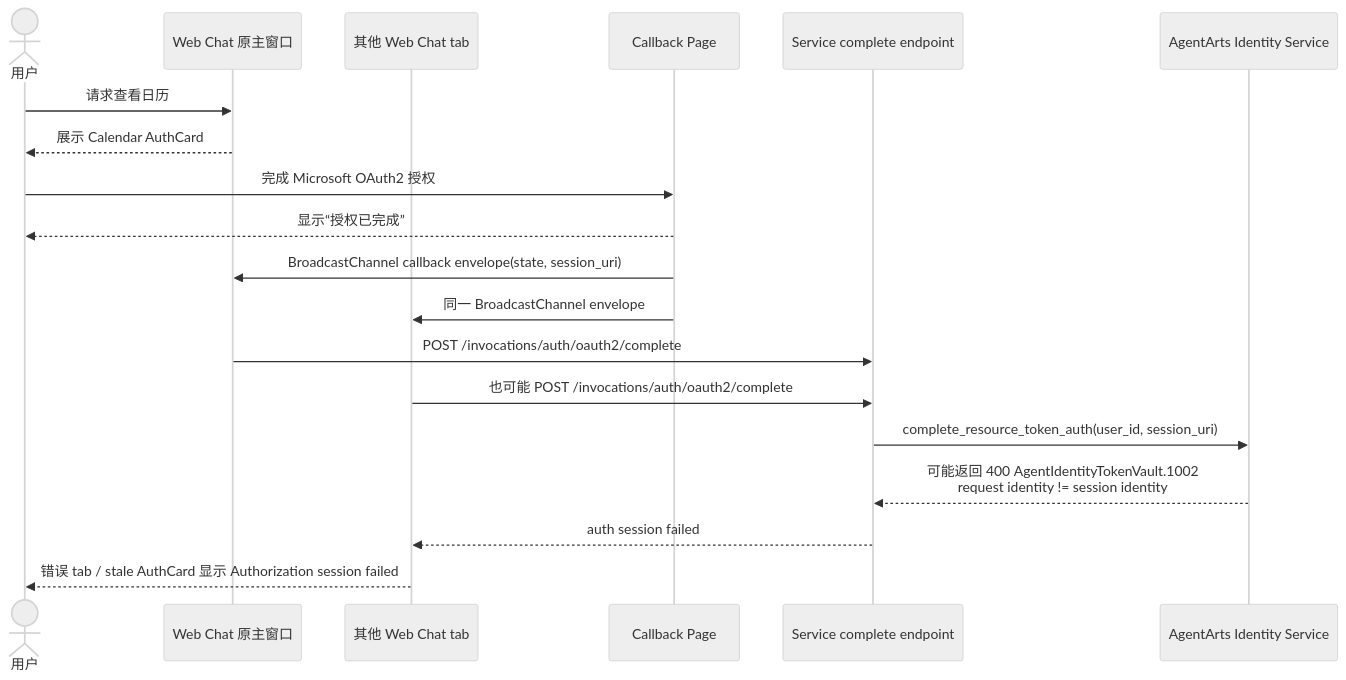
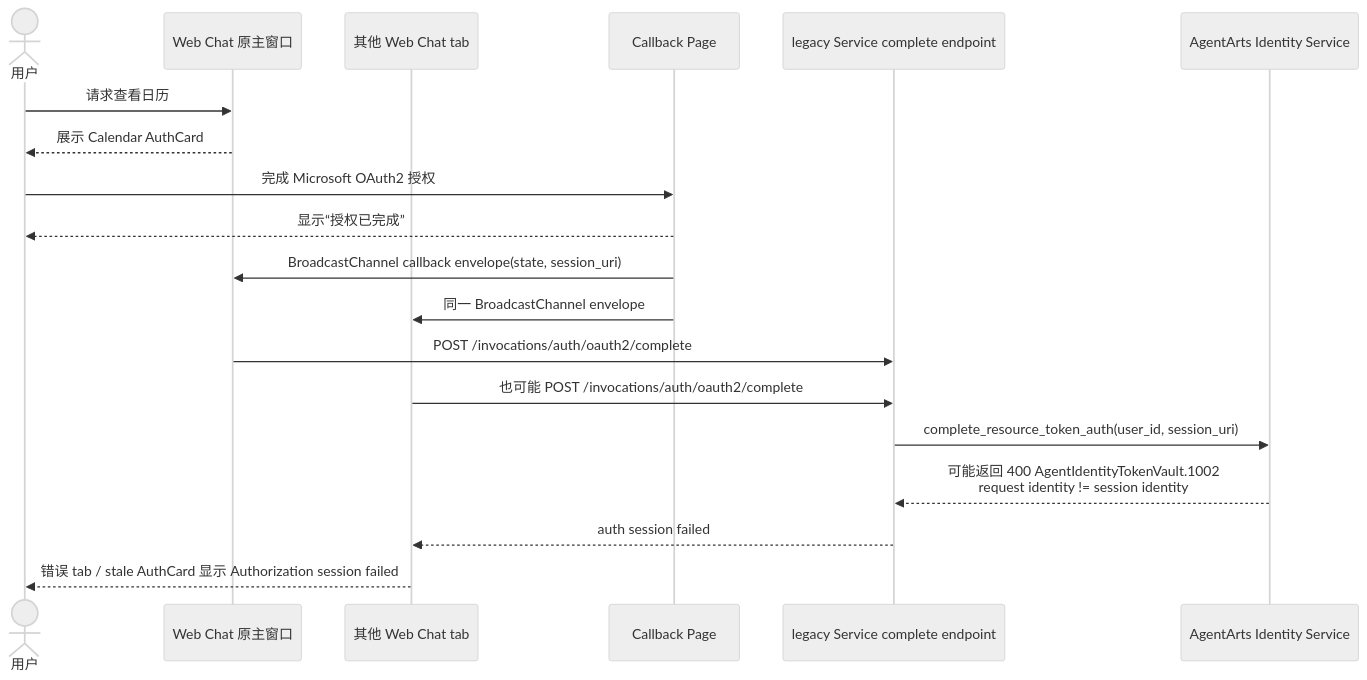
One commit to T-1009/personal-assistant changed the first of 2 diagrams in personal-assistant-meta/issues/bugs/bug-21-calendar-oauth2-complete-session-identity-mismatch/issue.md. Above: the diagram before and after it, drawn with Mermaid (neutral theme). The commit also changed other lines of this file and 34 other files, not shown here.

````diff
--- a/personal-assistant-meta/issues/bugs/bug-21-calendar-oauth2-complete-session-identity-mismatch/issue.md
+++ b/personal-assistant-meta/issues/bugs/bug-21-calendar-oauth2-complete-session-identity-mismatch/issue.md
@@ -89,22 +96,22 @@
 ```mermaid
 sequenceDiagram
     actor User as 用户
     participant UI as Web Chat 原主窗口
     participant OtherUI as 其他 Web Chat tab
     participant CB as Callback Page
-    participant API as Service complete endpoint
+    participant API as legacy Service complete endpoint
     participant IdSvc as AgentArts Identity Service
 
     User->>UI: 请求查看日历
     UI-->>User: 展示 Calendar AuthCard
     User->>CB: 完成 Microsoft OAuth2 授权
     CB-->>User: 显示“授权已完成”
     CB->>UI: BroadcastChannel callback envelope(state, session_uri)
     CB->>OtherUI: 同一 BroadcastChannel envelope
     UI->>API: POST /invocations/auth/oauth2/complete
     OtherUI->>API: 也可能 POST /invocations/auth/oauth2/complete
     API->>IdSvc: complete_resource_token_auth(user_id, session_uri)
     IdSvc-->>API: 可能返回 400 AgentIdentityTokenVault.1002<br/>request identity != session identity
     API-->>OtherUI: auth session failed
     OtherUI-->>User: 错误 tab / stale AuthCard 显示 Authorization session failed
 ```
````
